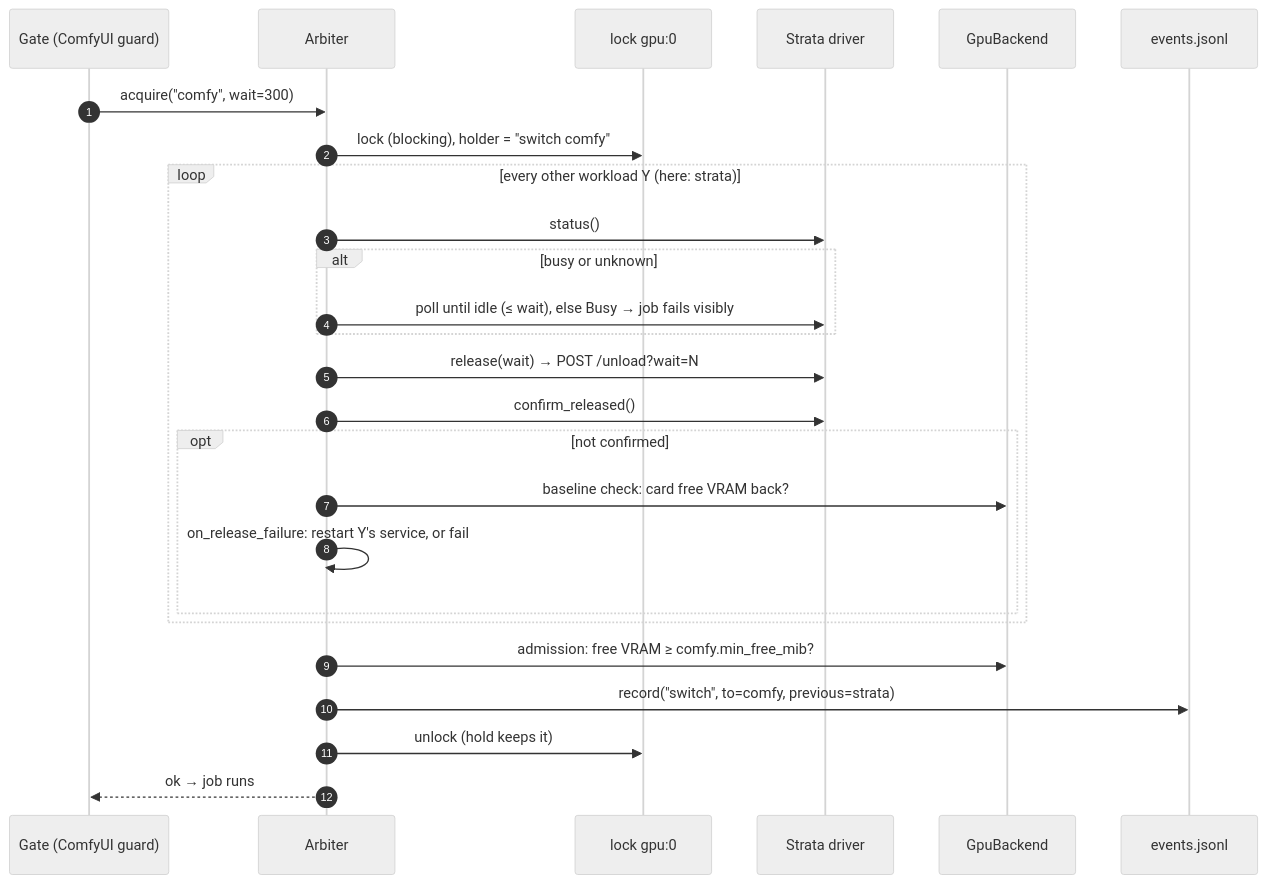
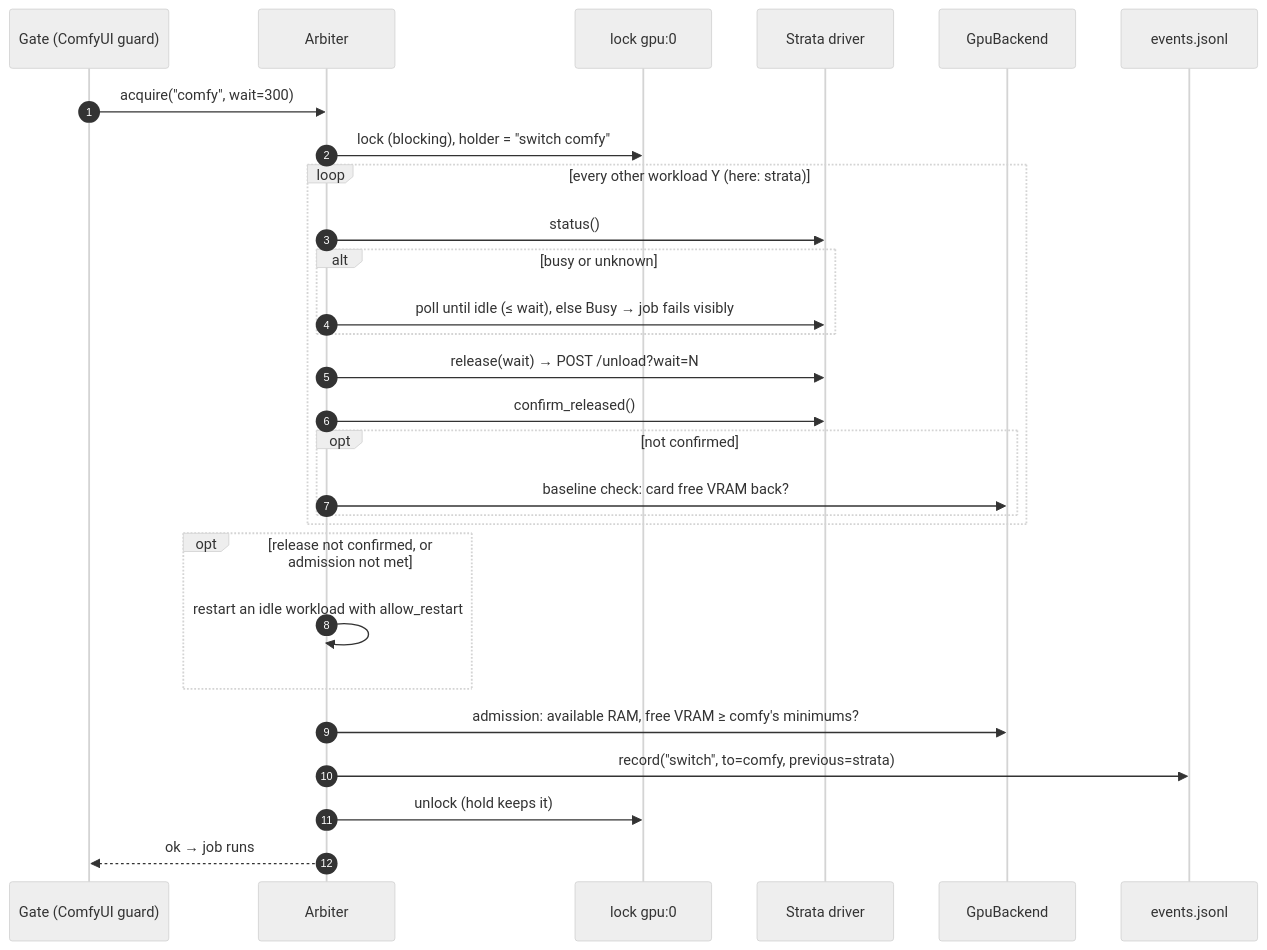
The third of 5 diagrams in gpu-workload/docs/plans/2026-10-14-vhotseat.md (wandermyz/wandering-vibe), drawn with Mermaid (neutral theme) before and after one commit. The commit also changed other lines of this file, not shown here.

First line of the commit message:
gpu-workload: admission and allow_restart in the vhotseat plan

````diff
--- a/gpu-workload/docs/plans/2026-10-14-vhotseat.md
+++ b/gpu-workload/docs/plans/2026-10-14-vhotseat.md
@@ -159,29 +159,31 @@
 ```mermaid
 sequenceDiagram
     autonumber
     participant G as Gate (ComfyUI guard)
     participant A as Arbiter
     participant L as lock gpu:0
     participant S as Strata driver
     participant B as GpuBackend
     participant E as events.jsonl
 
     G->>A: acquire("comfy", wait=300)
     A->>L: lock (blocking), holder = "switch comfy"
     loop every other workload Y (here: strata)
         A->>S: status()
         alt busy or unknown
             A->>S: poll until idle (≤ wait), else Busy → job fails visibly
         end
         A->>S: release(wait) → POST /unload?wait=N
         A->>S: confirm_released()
         opt not confirmed
             A->>B: baseline check: card free VRAM back?
-            A->>A: on_release_failure: restart Y's service, or fail
         end
     end
-    A->>B: admission: free VRAM ≥ comfy.min_free_mib?
+    opt release not confirmed, or admission not met
+        A->>A: restart an idle workload with allow_restart
+    end
+    A->>B: admission: available RAM, free VRAM ≥ comfy's minimums?
     A->>E: record("switch", to=comfy, previous=strata)
     A->>L: unlock (hold keeps it)
     A-->>G: ok → job runs
 ```
````
